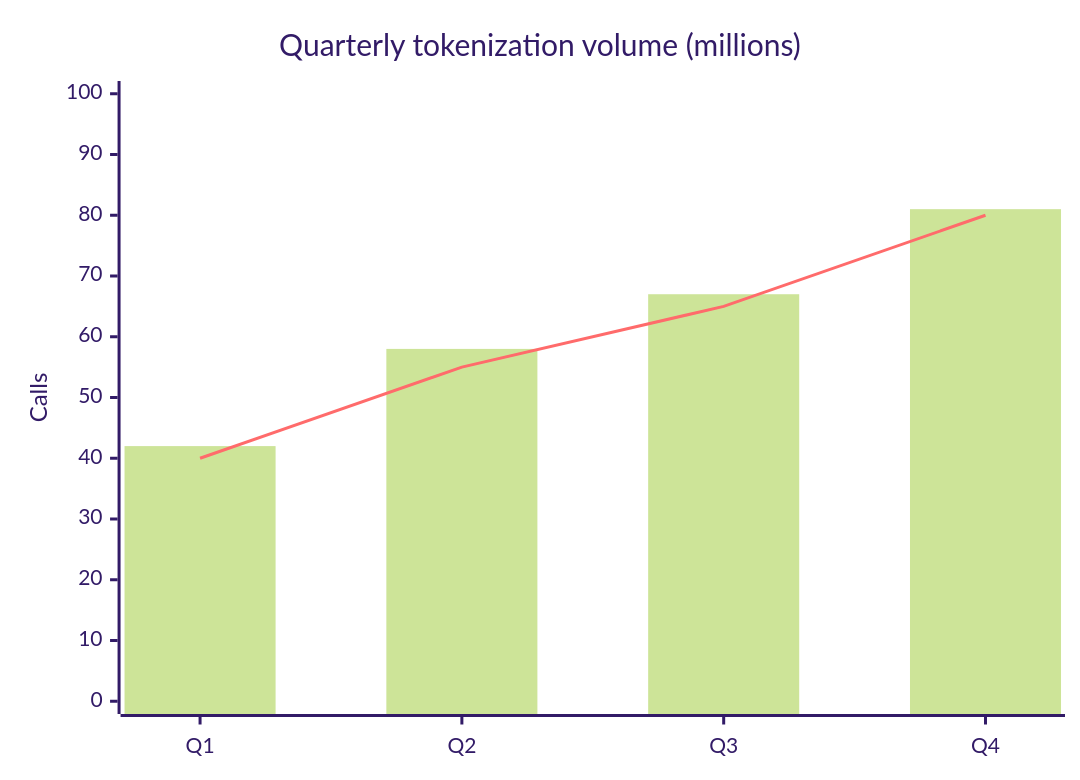
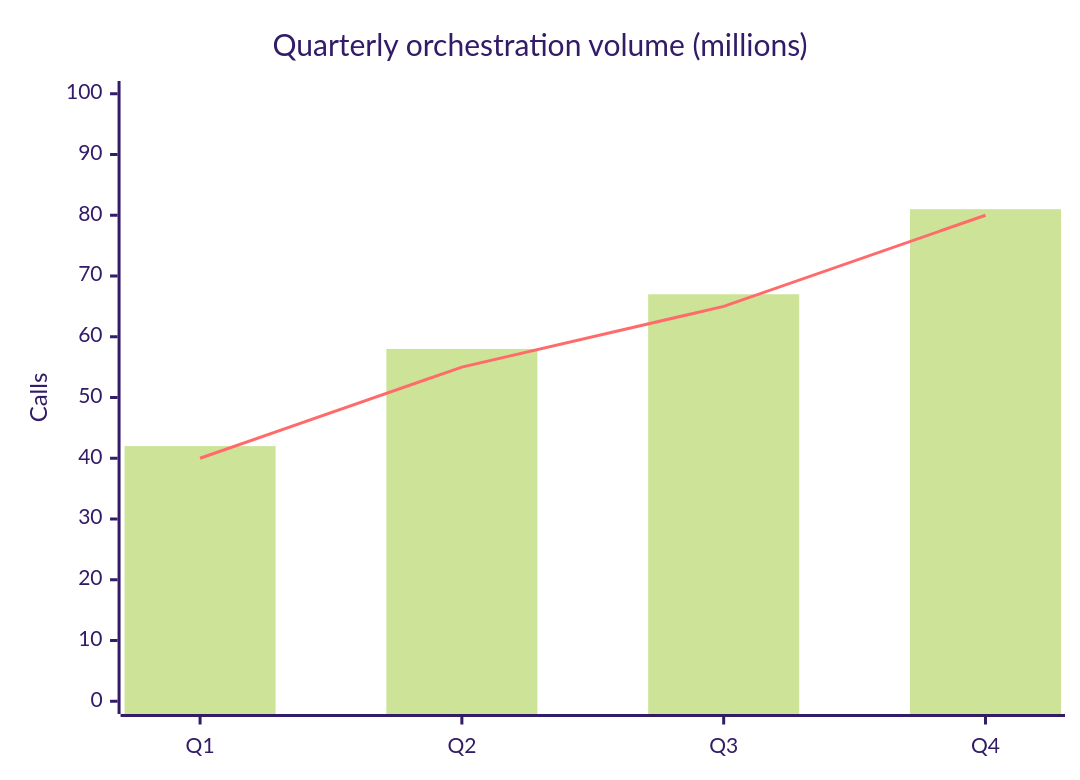
Diagram 16 of 25 in lib/components/diagram/diagram/diagram.gallery.md (SlideWright/lattice), drawn with Mermaid (forest theme) before and after one commit. The commit also changed other lines of this file and 75 other files, not shown here.

````diff
--- a/lib/components/diagram/diagram/diagram.gallery.md
+++ b/lib/components/diagram/diagram/diagram.gallery.md
@@ -508,8 +508,8 @@
 ```mermaid
 xychart-beta
-    title "Quarterly tokenization volume (millions)"
+    title "Quarterly orchestration volume (millions)"
     x-axis [Q1, Q2, Q3, Q4]
     y-axis "Calls" 0 --> 100
     bar [42, 58, 67, 81]
     line [40, 55, 65, 80]
 ```
````
